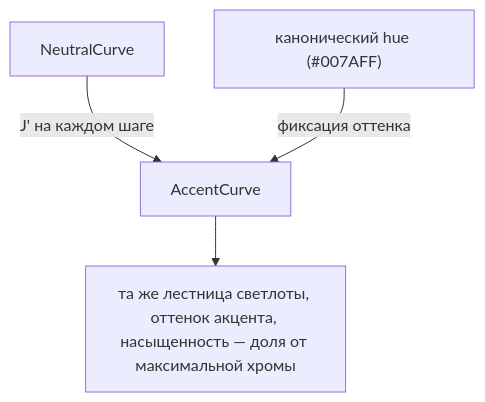
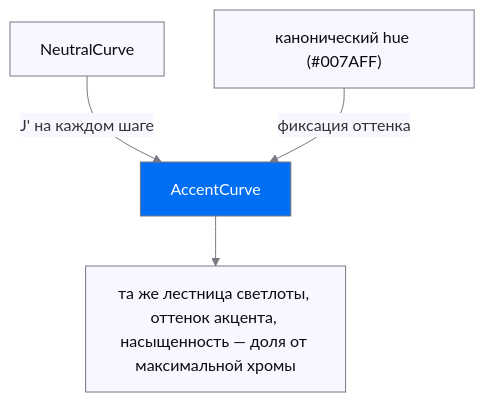
The fourth of 4 diagrams in README.md (Labpics-Team/lab-colors), drawn with Mermaid before and after one commit. The commit also changed other lines of this file, not shown here.

Commit message:
docs(readme): style mermaid diagrams per wave canon (init + classDef + #787880 strokes)

````diff
--- a/README.md
+++ b/README.md
@@ -238,6 +272,17 @@
 ```mermaid
+%%{init: {'theme':'base','themeVariables':{
+  'lineColor':'#787880','textColor':'#0A0A10',
+  'edgeLabelBackground':'#F7F7FF',
+  'clusterBkg':'transparent','clusterBorder':'#787880'
+}}}%%
 graph TD
     NC["NeutralCurve"] -->|"J' на каждом шаге"| AC["AccentCurve"]
     CH["канонический hue (#007AFF)"] -->|"фиксация оттенка"| AC
     AC --> OUT["та же лестница светлоты, оттенок акцента, насыщенность — доля от максимальной хромы"]
+
+    classDef node fill:#F7F7FF,stroke:#787880,color:#0A0A10
+    classDef accent fill:#006FF3,stroke:#787880,color:#FCFDFF
+    classDef dark fill:#101012,stroke:#787880,color:#F2F2FC
+    class NC,CH,OUT node
+    class AC accent
 ```
````
